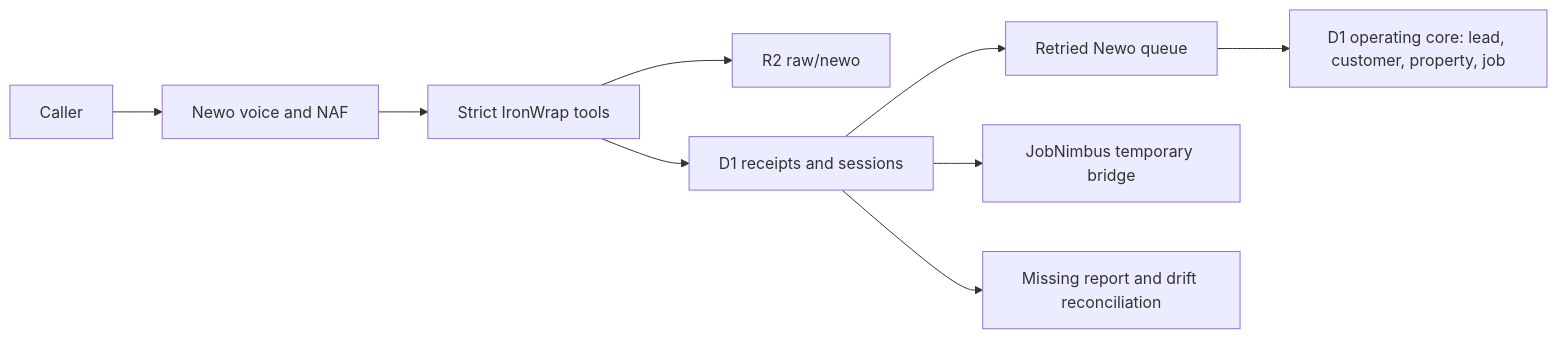
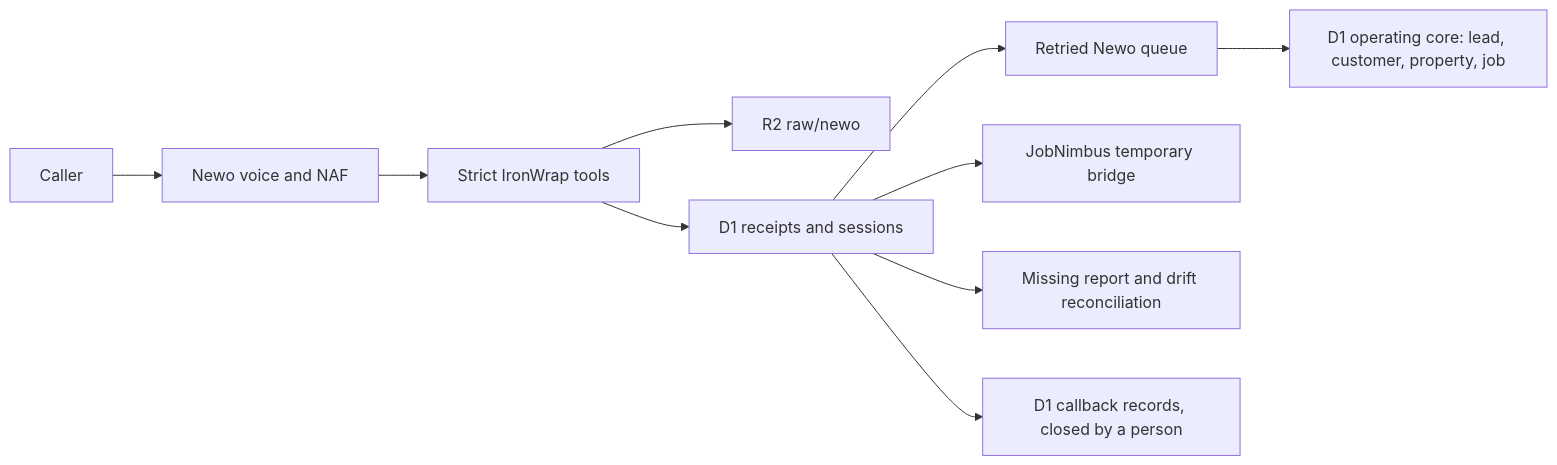
One commit to Iron-Wrap/ironwrap-os changed the diagram in docs/NEWO-INTEGRATION.md. Above: the diagram before and after it, drawn with Mermaid. The commit also changed other lines of this file and 6 other files, not shown here.

````diff
--- a/docs/NEWO-INTEGRATION.md
+++ b/docs/NEWO-INTEGRATION.md
@@ -9,11 +9,12 @@
 ```mermaid
 flowchart LR
   Caller --> Newo["Newo voice and NAF"]
   Newo --> Tools["Strict IronWrap tools"]
   Tools --> R2["R2 raw/newo"]
   Tools --> D1["D1 receipts and sessions"]
   D1 --> Queue["Retried Newo queue"]
   Queue --> Core["D1 operating core: lead, customer, property, job"]
   D1 --> JN["JobNimbus temporary bridge"]
   D1 --> Reconcile["Missing report and drift reconciliation"]
+  D1 --> Callbacks["D1 callback records, closed by a person"]
 ```
````
